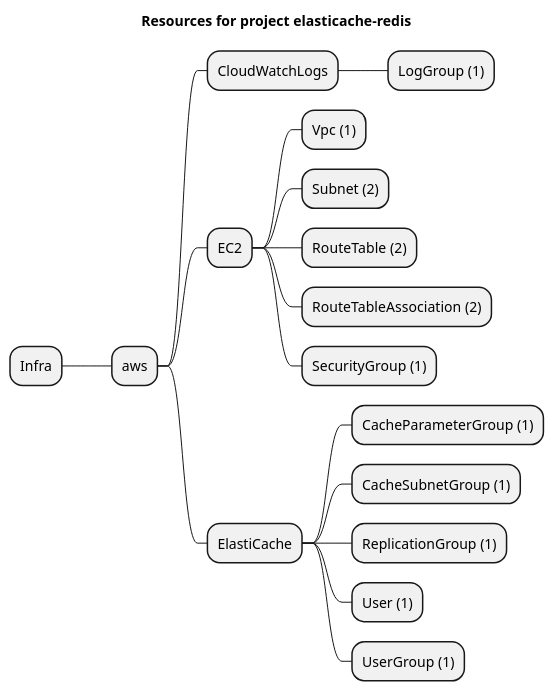
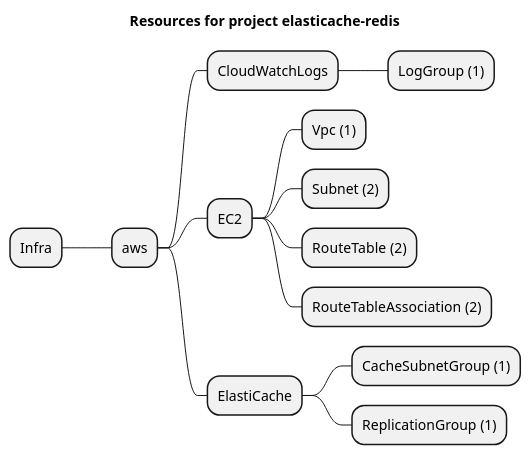
Before and after one commit to grucloud/grucloud: the diagram in examples/aws/ElastiCache/elasticache-redis/artifacts/resources-mindmap.puml, drawn with PlantUML. The commit also changed 25 other files, not shown here.

```diff
--- a/examples/aws/ElastiCache/elasticache-redis/artifacts/resources-mindmap.puml
+++ b/examples/aws/ElastiCache/elasticache-redis/artifacts/resources-mindmap.puml
@@ -1,20 +1,16 @@
 @startmindmap
 title Resources for project elasticache-redis
 skinparam monochrome true
 + Infra
 ++ aws
 +++ CloudWatchLogs
 ++++ LogGroup (1)
 +++ EC2
 ++++ Vpc (1)
 ++++ Subnet (2)
 ++++ RouteTable (2)
 ++++ RouteTableAssociation (2)
-++++ SecurityGroup (1)
 +++ ElastiCache
-++++ CacheParameterGroup (1)
 ++++ CacheSubnetGroup (1)
 ++++ ReplicationGroup (1)
-++++ User (1)
-++++ UserGroup (1)
 @endmindmap
```
